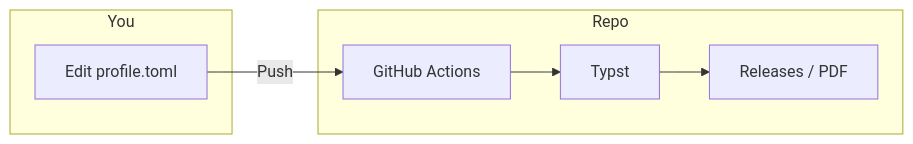
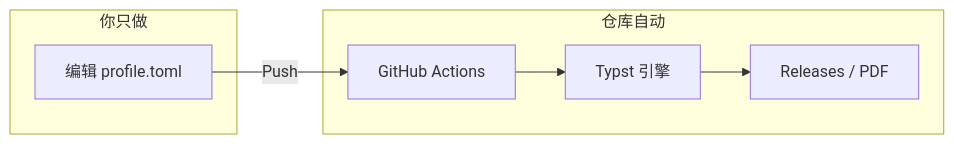
The diagram in README.md (bosprimigenious/Typst-Matrix), drawn with Mermaid before and after one commit. The commit also changed other lines of this file, not shown here.

````diff
--- a/README.md
+++ b/README.md
@@ -20,14 +18,14 @@
 ```mermaid
 flowchart LR
-  subgraph You
-    A[Edit profile.toml]
+  subgraph 你只做
+    A[编辑 profile.toml]
   end
-  subgraph Repo
-    B[Typst]
+  subgraph 仓库自动
+    B[Typst 引擎]
     C[GitHub Actions]
     D[Releases / PDF]
   end
   A -->|Push| C
   C --> B
   B --> D
 ```
````
